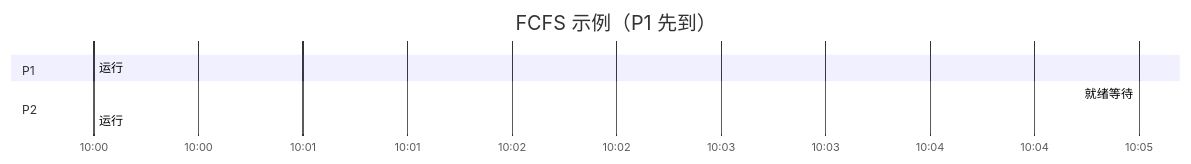
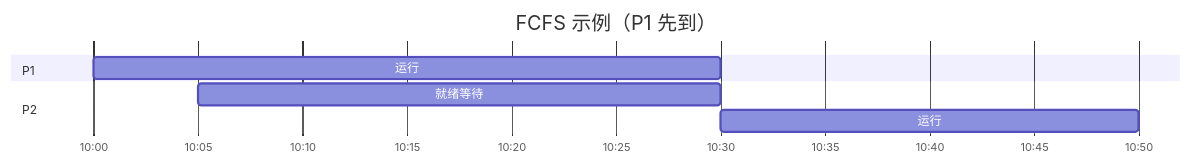
The first of 5 diagrams in topics/操作系统/进程调度算法.md (hicancan/njupt-knowledge), drawn with Mermaid before and after one commit. The commit also changed other lines of this file and 98 other files, not shown here.

Commit message:
fix(content): upgrade docstream to v0.11.0 and clean math, diagrams and HTML

````diff
--- a/topics/操作系统/进程调度算法.md
+++ b/topics/操作系统/进程调度算法.md
@@ -32,11 +32,11 @@
 ```mermaid
 gantt
     title FCFS 示例（P1 先到）
     dateFormat HH:mm
     axisFormat %H:%M
     section P1
-    运行        :p1, 10:00, 30min
+    运行        :p1, 10:00, 30m
     section P2
-    就绪等待    :p2w, 10:05, 25min
-    运行        :p2, after p1, 20min
+    就绪等待    :p2w, 10:05, 25m
+    运行        :p2, after p1, 20m
 ```
````
